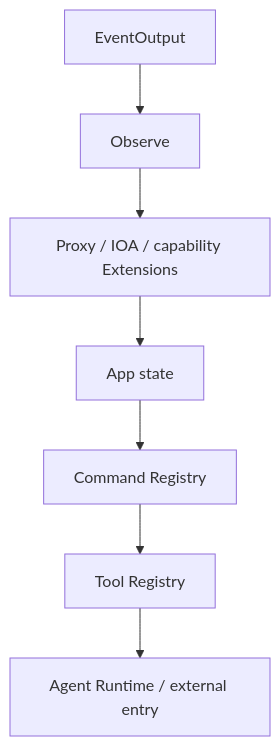
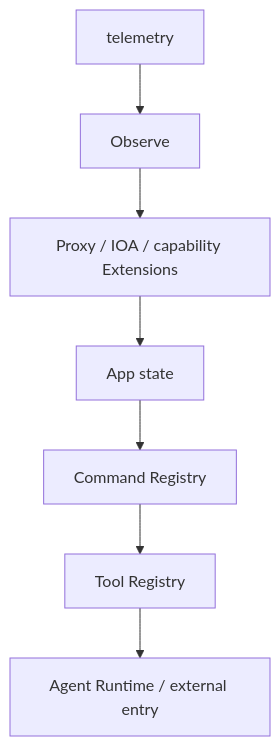
The diagram in docs/architecture.md (Go-Time/aiscan), drawn with Mermaid before and after one commit. The commit also changed other lines of this file and 20 other files, not shown here.

````diff
--- a/docs/architecture.md
+++ b/docs/architecture.md
@@ -16,11 +16,11 @@
 ```mermaid
 flowchart TB
-    OUTPUT[EventOutput]
+    OUTPUT[telemetry]
     OBSERVE[Observe]
     RESOURCES[Proxy / IOA / capability Extensions]
     APP[App state]
     COMMANDS[Command Registry]
     TOOLS[Tool Registry]
     AGENT[Agent Runtime / external entry]
     OUTPUT --> OBSERVE --> RESOURCES --> APP --> COMMANDS --> TOOLS --> AGENT
 ```
````
